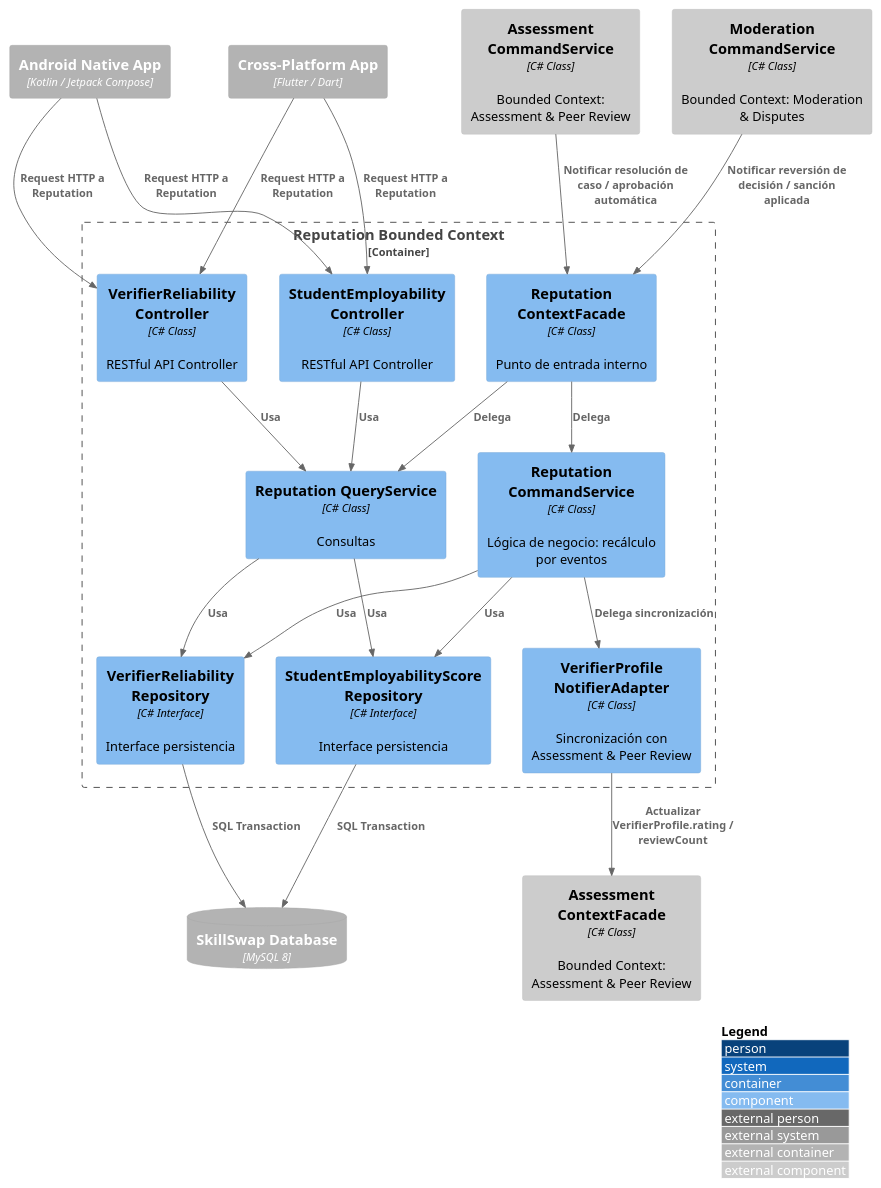
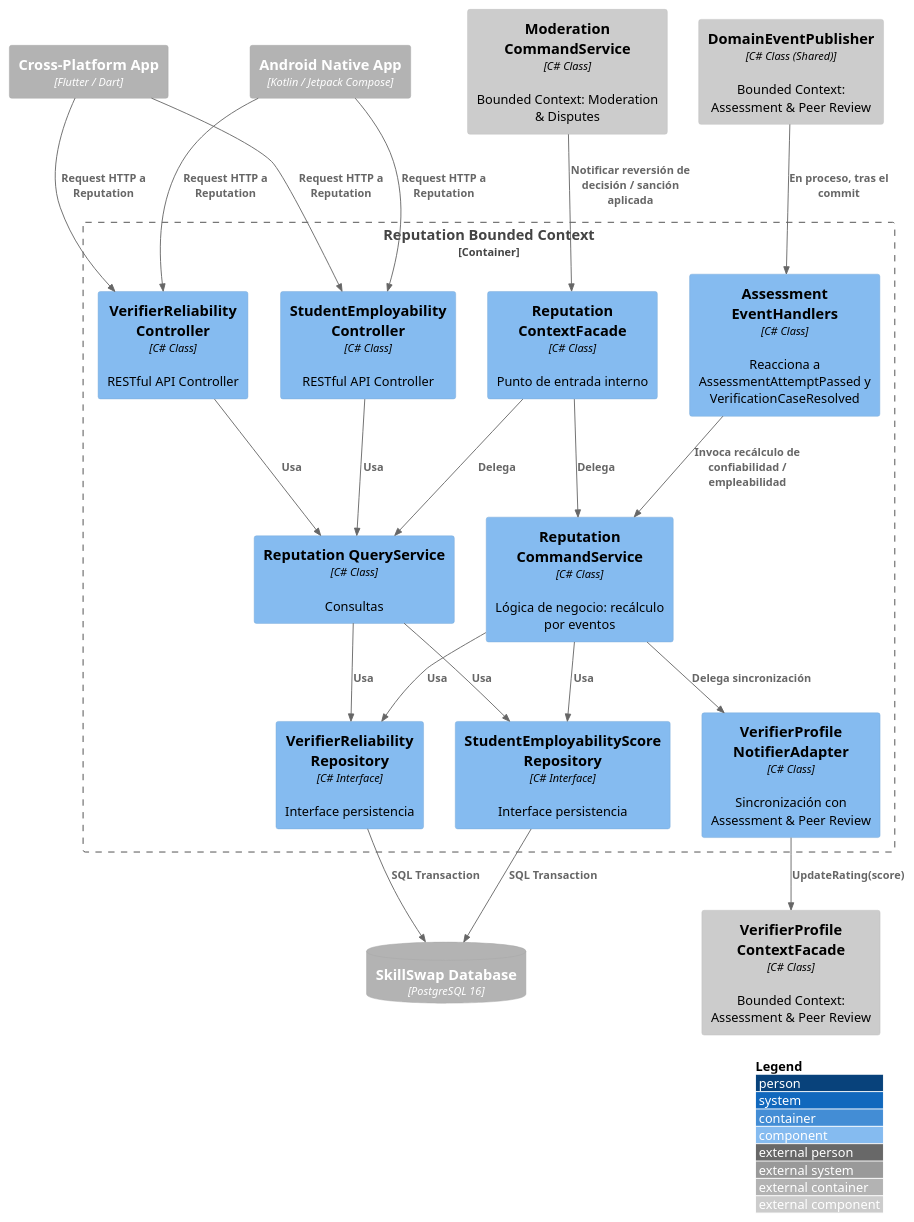
The diagram in DB&C4/Component Diagram — Reputation.puml (Aplicaciones-Dispositivos-Moviles/SkillSwap-ProjectReport), drawn with PlantUML before and after one commit. The commit also changed 17 other files, not shown here.

```diff
--- a/DB&C4/Component Diagram — Reputation.puml
+++ b/DB&C4/Component Diagram — Reputation.puml
@@ -1,49 +1,52 @@
 @startuml ReputationComponent
 !include https://raw.githubusercontent.com/plantuml-stdlib/C4-PlantUML/master/C4_Component.puml
 
 LAYOUT_WITH_LEGEND()
 
 Container_Ext(androidApp, "Android Native App", "Kotlin / Jetpack Compose")
 Container_Ext(flutterApp, "Cross-Platform App", "Flutter / Dart")
-ContainerDb_Ext(mainDB, "SkillSwap Database", "MySQL 8")
+ContainerDb_Ext(mainDB, "SkillSwap Database", "PostgreSQL 16")
 
 Container_Boundary(reputationBC, "Reputation Bounded Context") {
     Component(verifierReliabilityController, "VerifierReliability Controller", "C# Class", "RESTful API Controller")
     Component(studentEmployabilityController, "StudentEmployability Controller", "C# Class", "RESTful API Controller")
     Component(reputationCommandService, "Reputation CommandService", "C# Class", "Lógica de negocio: recálculo por eventos")
     Component(reputationQueryService, "Reputation QueryService", "C# Class", "Consultas")
+    Component(assessmentEventHandlers, "Assessment EventHandlers", "C# Class", "Reacciona a AssessmentAttemptPassed y VerificationCaseResolved")
     Component(verifierReliabilityRepository, "VerifierReliability Repository", "C# Interface", "Interface persistencia")
     Component(studentEmployabilityRepository, "StudentEmployabilityScore Repository", "C# Interface", "Interface persistencia")
     Component(verifierProfileNotifierExternal, "VerifierProfile NotifierAdapter", "C# Class", "Sincronización con Assessment & Peer Review")
     Component(reputationContextFacade, "Reputation ContextFacade", "C# Class", "Punto de entrada interno")
 }
 
-Component_Ext(assessmentContextFacade, "Assessment ContextFacade", "C# Class", "Bounded Context: Assessment & Peer Review")
-Component_Ext(assessmentCommandService, "Assessment CommandService", "C# Class", "Bounded Context: Assessment & Peer Review")
+Component_Ext(verifierProfileContextFacade, "VerifierProfile ContextFacade", "C# Class", "Bounded Context: Assessment & Peer Review")
+Component_Ext(assessmentDomainEventPublisher, "DomainEventPublisher", "C# Class (Shared)", "Bounded Context: Assessment & Peer Review")
 Component_Ext(moderationCommandService, "Moderation CommandService", "C# Class", "Bounded Context: Moderation & Disputes")
 
 Rel(androidApp, verifierReliabilityController, "Request HTTP a Reputation")
 Rel(flutterApp, verifierReliabilityController, "Request HTTP a Reputation")
 Rel(androidApp, studentEmployabilityController, "Request HTTP a Reputation")
 Rel(flutterApp, studentEmployabilityController, "Request HTTP a Reputation")
 
 Rel(verifierReliabilityController, reputationQueryService, "Usa")
 Rel(studentEmployabilityController, reputationQueryService, "Usa")
 
 Rel(reputationCommandService, verifierReliabilityRepository, "Usa")
 Rel(reputationCommandService, studentEmployabilityRepository, "Usa")
 Rel(reputationQueryService, verifierReliabilityRepository, "Usa")
 Rel(reputationQueryService, studentEmployabilityRepository, "Usa")
 Rel(verifierReliabilityRepository, mainDB, "SQL Transaction")
 Rel(studentEmployabilityRepository, mainDB, "SQL Transaction")
 
+Rel(assessmentDomainEventPublisher, assessmentEventHandlers, "En proceso, tras el commit")
+Rel(assessmentEventHandlers, reputationCommandService, "Invoca recálculo de confiabilidad / empleabilidad")
+
 Rel(reputationCommandService, verifierProfileNotifierExternal, "Delega sincronización")
-Rel(verifierProfileNotifierExternal, assessmentContextFacade, "Actualizar VerifierProfile.rating / reviewCount")
+Rel(verifierProfileNotifierExternal, verifierProfileContextFacade, "UpdateRating(score)")
 
 Rel(reputationContextFacade, reputationCommandService, "Delega")
 Rel(reputationContextFacade, reputationQueryService, "Delega")
 
-Rel(assessmentCommandService, reputationContextFacade, "Notificar resolución de caso / aprobación automática")
 Rel(moderationCommandService, reputationContextFacade, "Notificar reversión de decisión / sanción aplicada")
 
 @enduml
```
